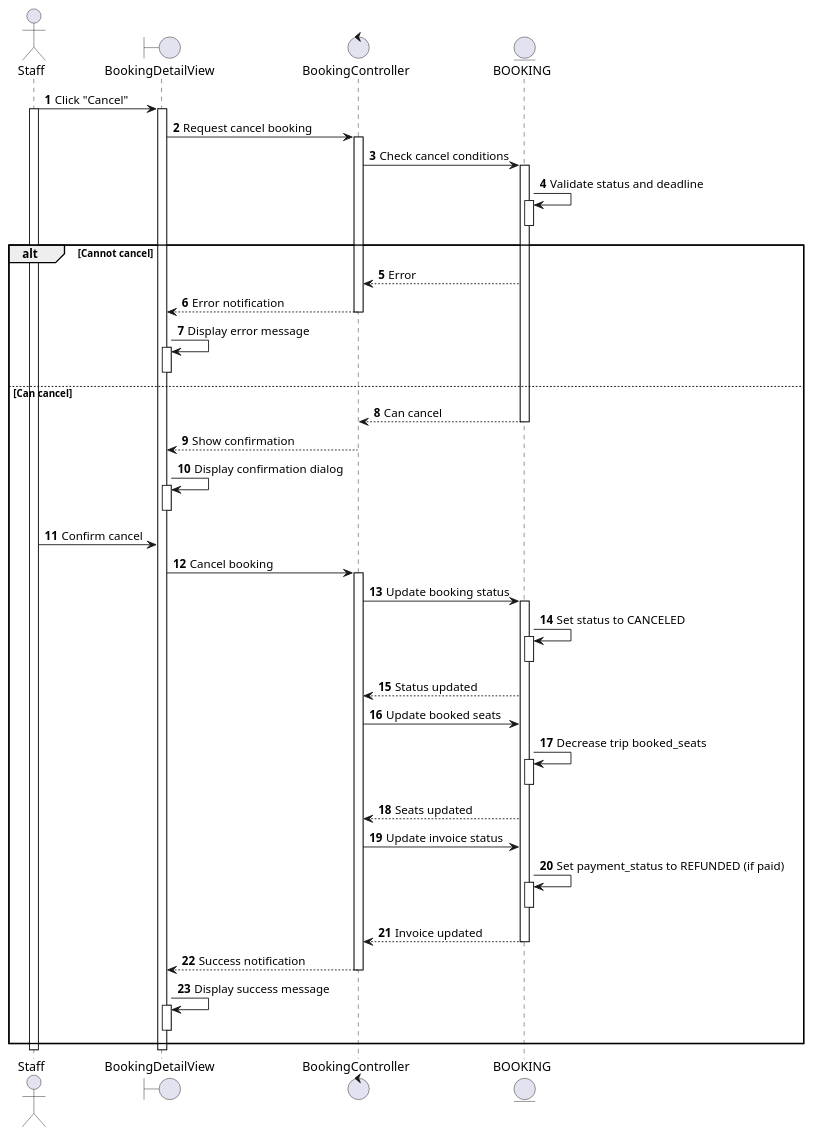
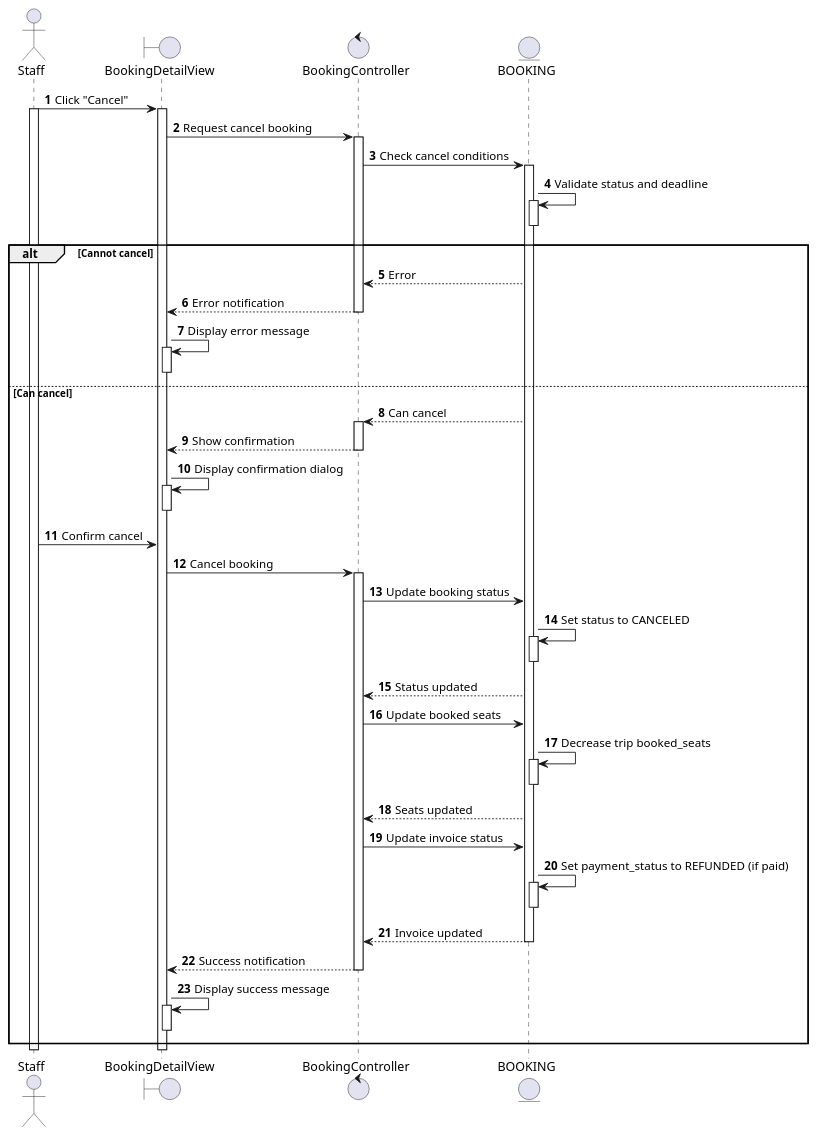
The diagram in docs/docs/sequence/adjust-and-track-bookings/delete-booking.md (se113-wm/se113-wm.github.io), drawn with PlantUML before and after one commit. The commit also changed 10 other files, not shown here.

Commit message:
fix(sequence): deactivate entities in various sequence diagrams for clarity

````diff
--- a/docs/docs/sequence/adjust-and-track-bookings/delete-booking.md
+++ b/docs/docs/sequence/adjust-and-track-bookings/delete-booking.md
@@ -3,68 +3,67 @@
 ```plantuml
 @startuml
 autonumber
 
 actor Staff as S
 boundary BookingDetailView as BDV
 control BookingController as BC
 entity BOOKING as B
 
 S -> BDV: Click "Cancel"
 activate S
 activate BDV
 BDV -> BC: Request cancel booking
 activate BC
 BC -> B: Check cancel conditions
 activate B
 B -> B: Validate status and deadline
 activate B
 deactivate B
 
 alt Cannot cancel
   BC <-- B: Error
   BDV <-- BC: Error notification
   deactivate BC
   BDV -> BDV: Display error message
   activate BDV
   deactivate BDV
 else Can cancel
   BC <-- B: Can cancel
-  deactivate B
+  activate BC
   BDV <-- BC: Show confirmation
   deactivate BC
   BDV -> BDV: Display confirmation dialog
   activate BDV
   deactivate BDV
 
   S -> BDV: Confirm cancel
   BDV -> BC: Cancel booking
   activate BC
   BC -> B: Update booking status
-  activate B
   B -> B: Set status to CANCELED
   activate B
   deactivate B
   BC <-- B: Status updated
   BC -> B: Update booked seats
   B -> B: Decrease trip booked_seats
   activate B
   deactivate B
   BC <-- B: Seats updated
   BC -> B: Update invoice status
   B -> B: Set payment_status to REFUNDED (if paid)
   activate B
   deactivate B
   BC <-- B: Invoice updated
   deactivate B
   BDV <-- BC: Success notification
   deactivate BC
   BDV -> BDV: Display success message
   activate BDV
   deactivate BDV
 end
 
 deactivate BDV
 deactivate S
 
 @enduml
 ```
````
